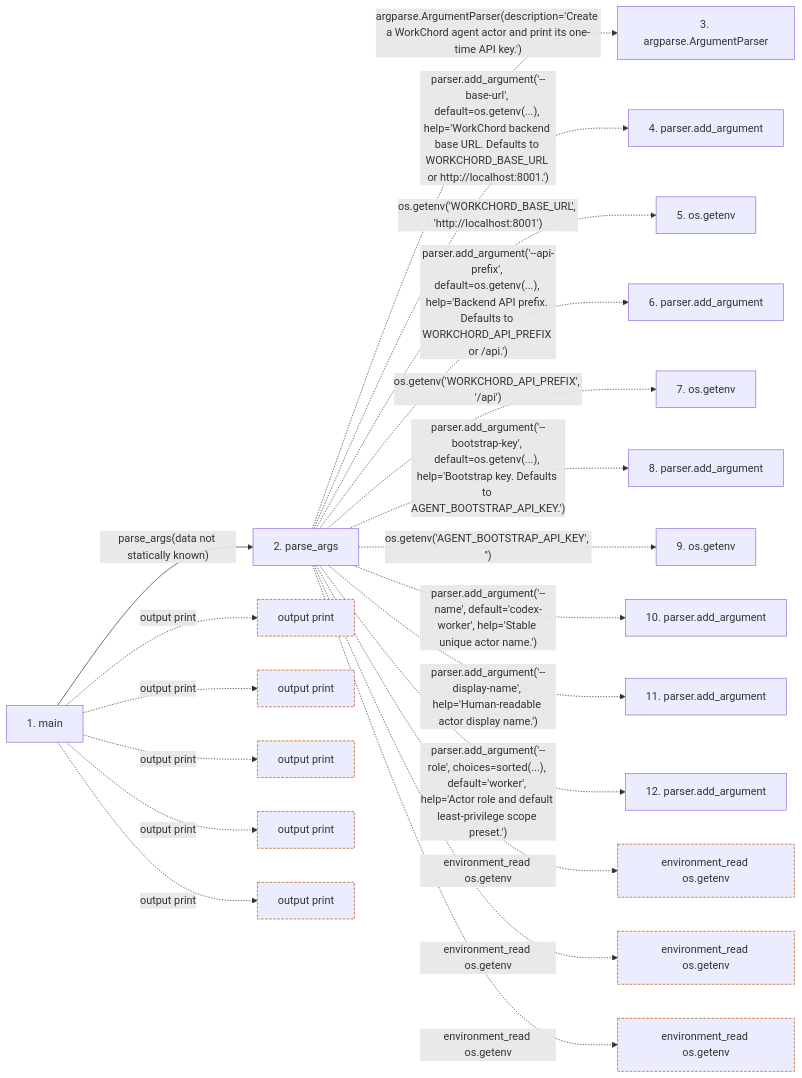
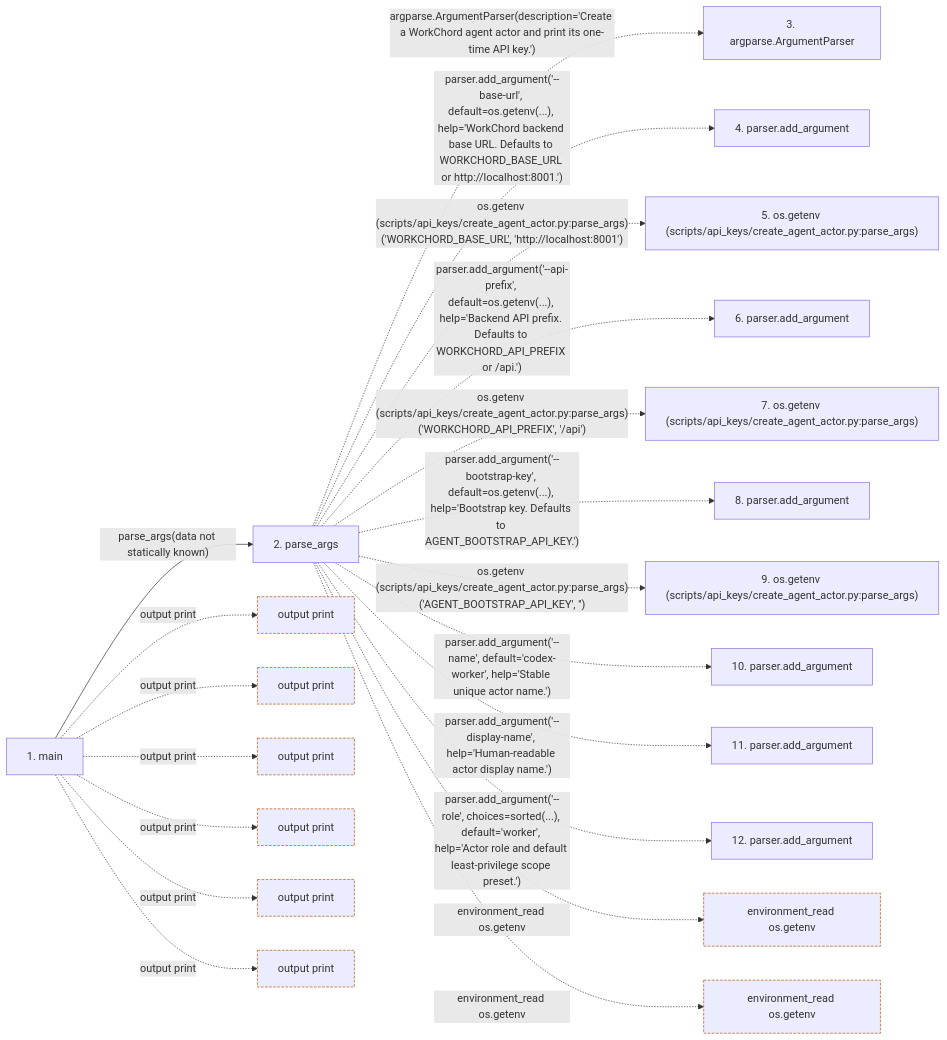
One commit to Denissvgn/WorkChord changed the second of 2 diagrams in docs/llm_wiki/flows/process-create_agent_actor.md. Above: the diagram before and after it, drawn with Mermaid. The commit also changed other lines of this file and 732 other files, not shown here.

Commit message:
docs(wiki): refresh for agent key delivery and the connect hint

````diff
--- a/docs/llm_wiki/flows/process-create_agent_actor.md
+++ b/docs/llm_wiki/flows/process-create_agent_actor.md
@@ -119,53 +118,53 @@
 ```mermaid
 flowchart LR
     s1["1. main"]
     s2["2. parse_args"]
     s3["3. argparse.ArgumentParser"]
     s4["4. parser.add_argument"]
-    s5["5. os.getenv"]
+    s5["5. os.getenv (scripts/api_keys/create_agent_actor.py:parse_args)"]
     s6["6. parser.add_argument"]
-    s7["7. os.getenv"]
+    s7["7. os.getenv (scripts/api_keys/create_agent_actor.py:parse_args)"]
     s8["8. parser.add_argument"]
-    s9["9. os.getenv"]
+    s9["9. os.getenv (scripts/api_keys/create_agent_actor.py:parse_args)"]
     s10["10. parser.add_argument"]
     s11["11. parser.add_argument"]
     s12["12. parser.add_argument"]
     s1 -->|"parse_args(data not statically known)"| s2
     s2 -. "argparse.ArgumentParser(description='Create a WorkChord agent actor and print its one-time API key.')" .-> s3
     s2 -. "parser.add_argument('--base-url', default=os.getenv(...), help='WorkChord backend base URL. Defaults to WORKCHORD_BASE_URL or http://localhost:8001.')" .-> s4
-    s2 -. "os.getenv('WORKCHORD_BASE_URL', 'http://localhost:8001')" .-> s5
+    s2 -. "os.getenv (scripts/api_keys/create_agent_actor.py:parse_args)('WORKCHORD_BASE_URL', 'http://localhost:8001')" .-> s5
     s2 -. "parser.add_argument('--api-prefix', default=os.getenv(...), help='Backend API prefix. Defaults to WORKCHORD_API_PREFIX or /api.')" .-> s6
-    s2 -. "os.getenv('WORKCHORD_API_PREFIX', '/api')" .-> s7
+    s2 -. "os.getenv (scripts/api_keys/create_agent_actor.py:parse_args)('WORKCHORD_API_PREFIX', '/api')" .-> s7
     s2 -. "parser.add_argument('--bootstrap-key', default=os.getenv(...), help='Bootstrap key. Defaults to AGENT_BOOTSTRAP_API_KEY.')" .-> s8
-    s2 -. "os.getenv('AGENT_BOOTSTRAP_API_KEY', '')" .-> s9
+    s2 -. "os.getenv (scripts/api_keys/create_agent_actor.py:parse_args)('AGENT_BOOTSTRAP_API_KEY', '')" .-> s9
     s2 -. "parser.add_argument('--name', default='codex-worker', help='Stable unique actor name.')" .-> s10
     s2 -. "parser.add_argument('--display-name', help='Human-readable actor display name.')" .-> s11
     s2 -. "parser.add_argument('--role', choices=sorted(...), default='worker', help='Actor role and default least-privilege scope preset.')" .-> s12
     b0["output print"]
     s1 -. "output print" .-> b0
     b1["output print"]
     s1 -. "output print" .-> b1
     b2["output print"]
     s1 -. "output print" .-> b2
     b3["output print"]
     s1 -. "output print" .-> b3
     b4["output print"]
     s1 -. "output print" .-> b4
-    b5["environment_read os.getenv"]
-    s2 -. "environment_read os.getenv" .-> b5
+    b5["output print"]
+    s1 -. "output print" .-> b5
     b6["environment_read os.getenv"]
     s2 -. "environment_read os.getenv" .-> b6
     b7["environment_read os.getenv"]
     s2 -. "environment_read os.getenv" .-> b7
     click s1 "../modules/create_agent_actor.md"
     click s2 "../modules/create_agent_actor.md"
     classDef boundary stroke:#b45309,stroke-dasharray: 4 2
     class b0 boundary
     class b1 boundary
     class b2 boundary
     class b3 boundary
     class b4 boundary
     class b5 boundary
     class b6 boundary
     class b7 boundary
 ```
````
